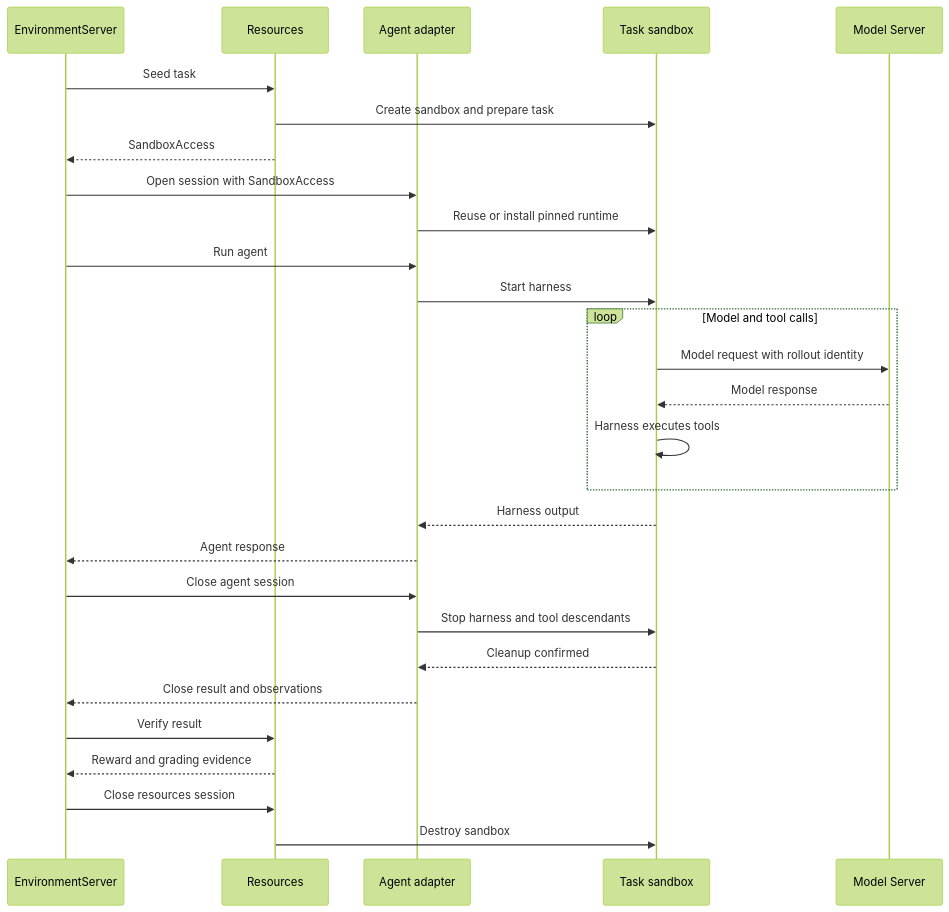
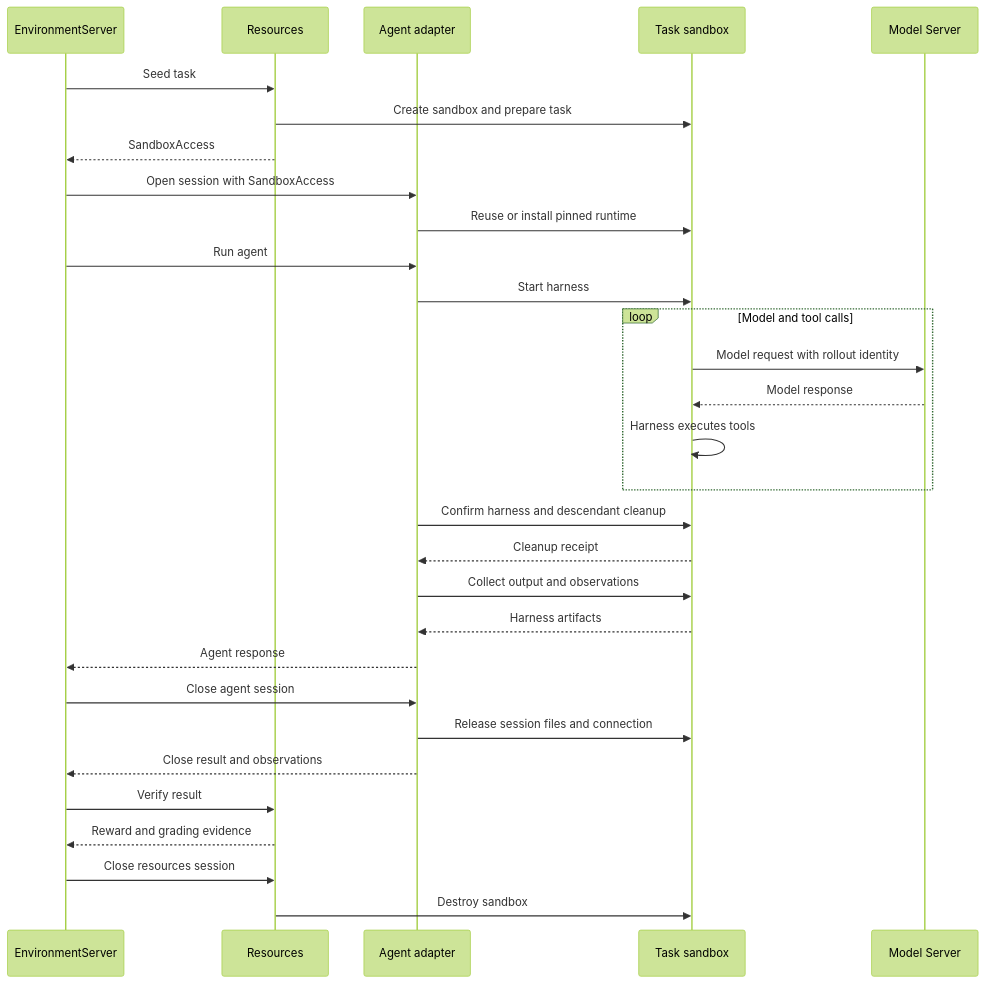
One commit to NVIDIA-NeMo/Gym changed the first of 2 diagrams in fern/versions/latest/pages/agent-server/add-or-update-a-harness.mdx. Above: the diagram before and after it, drawn with Mermaid (forest theme). The commit also changed other lines of this file, not shown here.

Commit message:
docs(agent): align sandbox guide with shared session lifecycle

````diff
--- a/fern/versions/latest/pages/agent-server/add-or-update-a-harness.mdx
+++ b/fern/versions/latest/pages/agent-server/add-or-update-a-harness.mdx
@@ -23,31 +23,33 @@
 ```mermaid
 sequenceDiagram
     participant E as EnvironmentServer
     participant R as Resources
     participant A as Agent adapter
     participant S as Task sandbox
     participant M as Model Server
 
     E->>R: Seed task
     R->>S: Create sandbox and prepare task
     R-->>E: SandboxAccess
     E->>A: Open session with SandboxAccess
     A->>S: Reuse or install pinned runtime
     E->>A: Run agent
     A->>S: Start harness
     loop Model and tool calls
         S->>M: Model request with rollout identity
         M-->>S: Model response
         S->>S: Harness executes tools
     end
-    S-->>A: Harness output
+    A->>S: Confirm harness and descendant cleanup
+    S-->>A: Cleanup receipt
+    A->>S: Collect output and observations
+    S-->>A: Harness artifacts
     A-->>E: Agent response
     E->>A: Close agent session
-    A->>S: Stop harness and tool descendants
-    S-->>A: Cleanup confirmed
+    A->>S: Release session files and connection
     A-->>E: Close result and observations
     E->>R: Verify result
     R-->>E: Reward and grading evidence
     E->>R: Close resources session
     R->>S: Destroy sandbox
 ```
````
